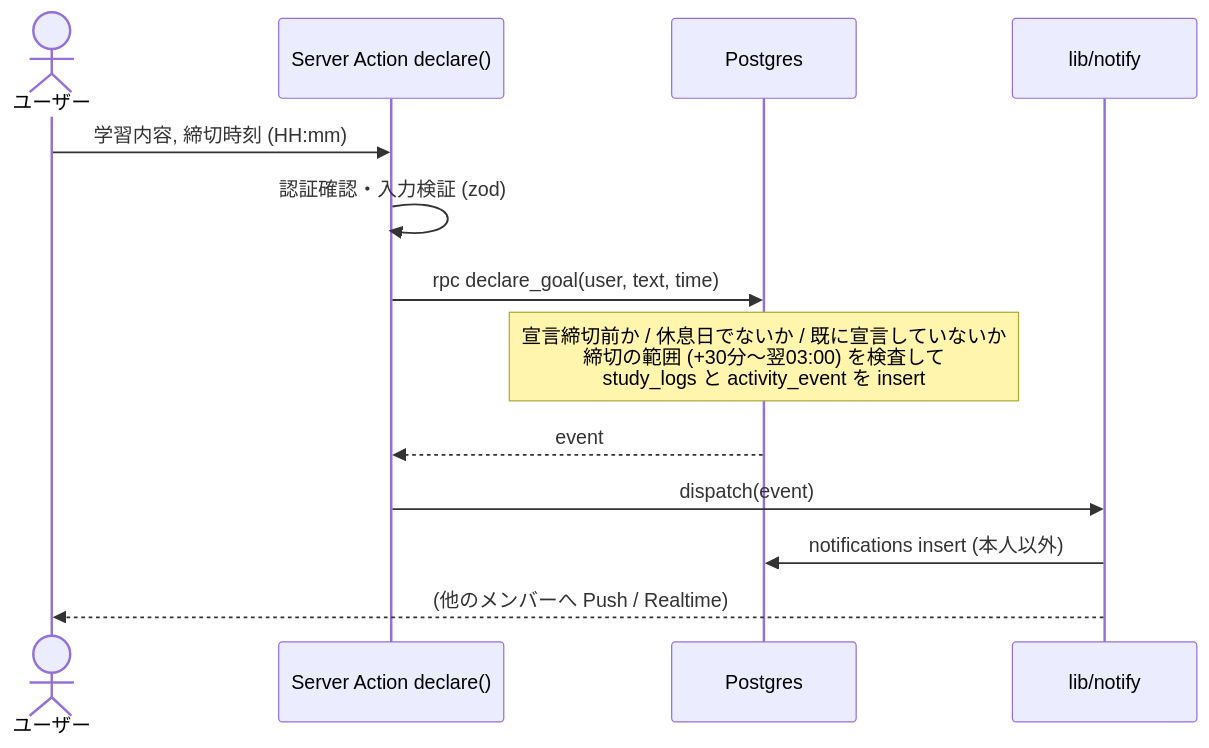
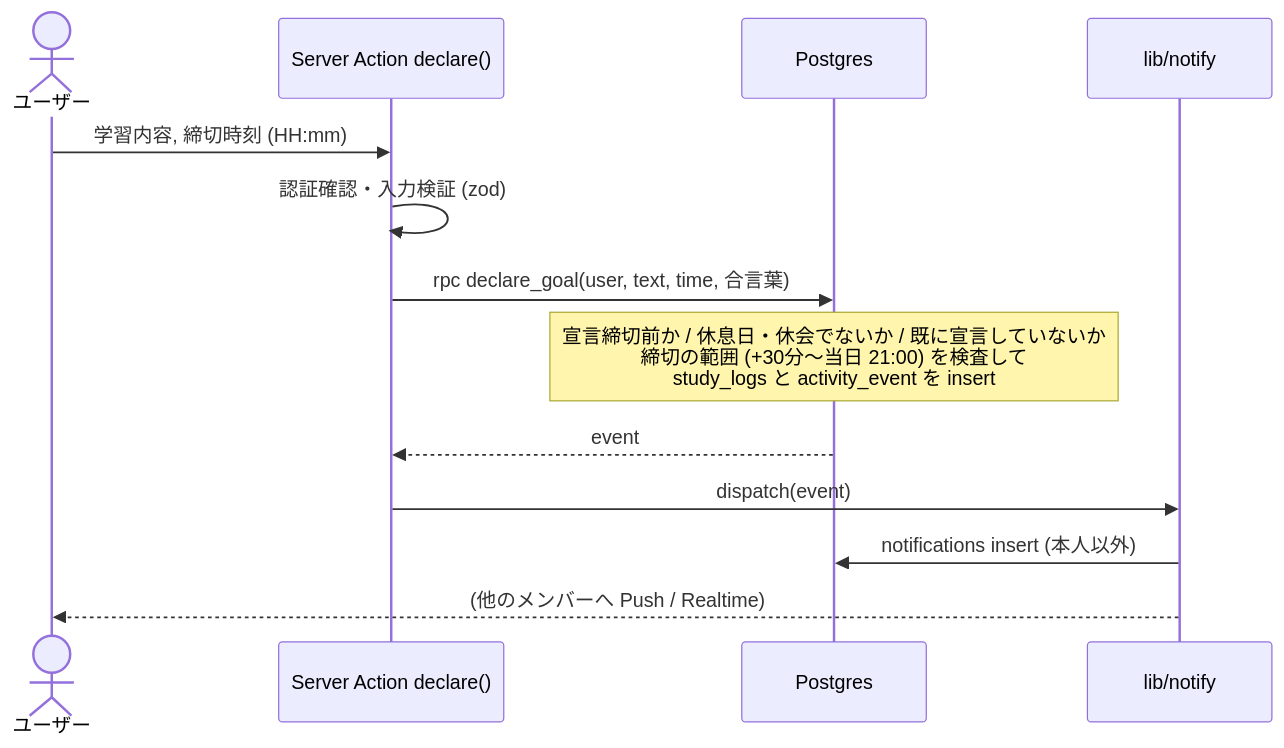
One commit to ashilal1/force-study-app changed the second of 6 diagrams in docs/architecture.md. Above: the diagram before and after it, drawn with Mermaid. The commit also changed other lines of this file and 30 other files, not shown here.

````diff
--- a/docs/architecture.md
+++ b/docs/architecture.md
@@ -58,15 +58,15 @@
 ```mermaid
 sequenceDiagram
     actor U as ユーザー
     participant SA as Server Action declare()
     participant DB as Postgres
     participant N as lib/notify
     U->>SA: 学習内容, 締切時刻 (HH:mm)
     SA->>SA: 認証確認・入力検証 (zod)
-    SA->>DB: rpc declare_goal(user, text, time)
-    Note over DB: 宣言締切前か / 休息日でないか / 既に宣言していないか<br/>締切の範囲 (+30分〜翌03:00) を検査して<br/>study_logs と activity_event を insert
+    SA->>DB: rpc declare_goal(user, text, time, 合言葉)
+    Note over DB: 宣言締切前か / 休息日・休会でないか / 既に宣言していないか<br/>締切の範囲 (+30分〜当日 21:00) を検査して<br/>study_logs と activity_event を insert
     DB-->>SA: event
     SA->>N: dispatch(event)
     N->>DB: notifications insert (本人以外)
     N-->>U: (他のメンバーへ Push / Realtime)
 ```
````
